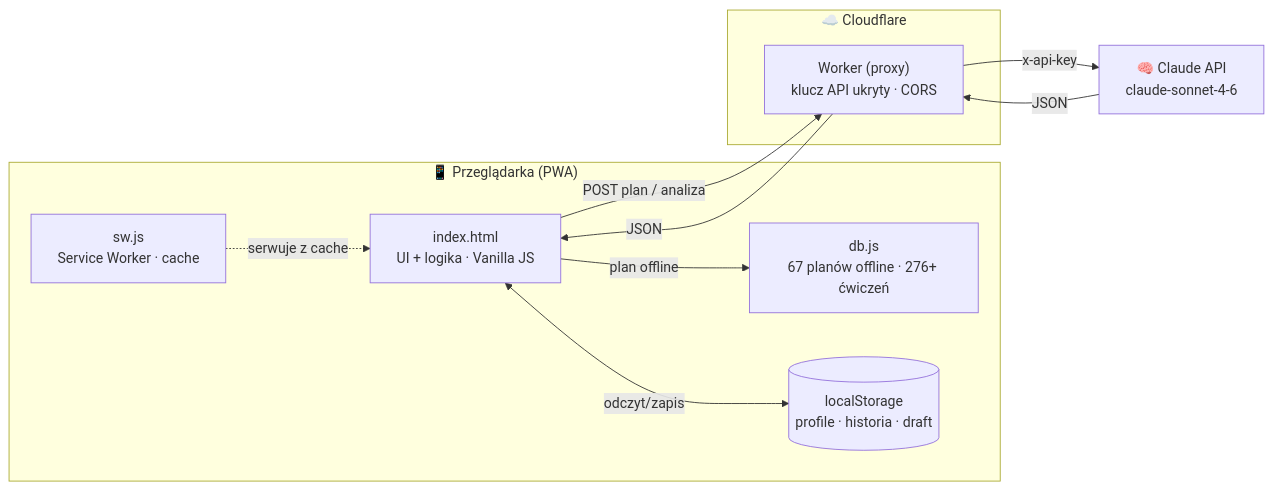
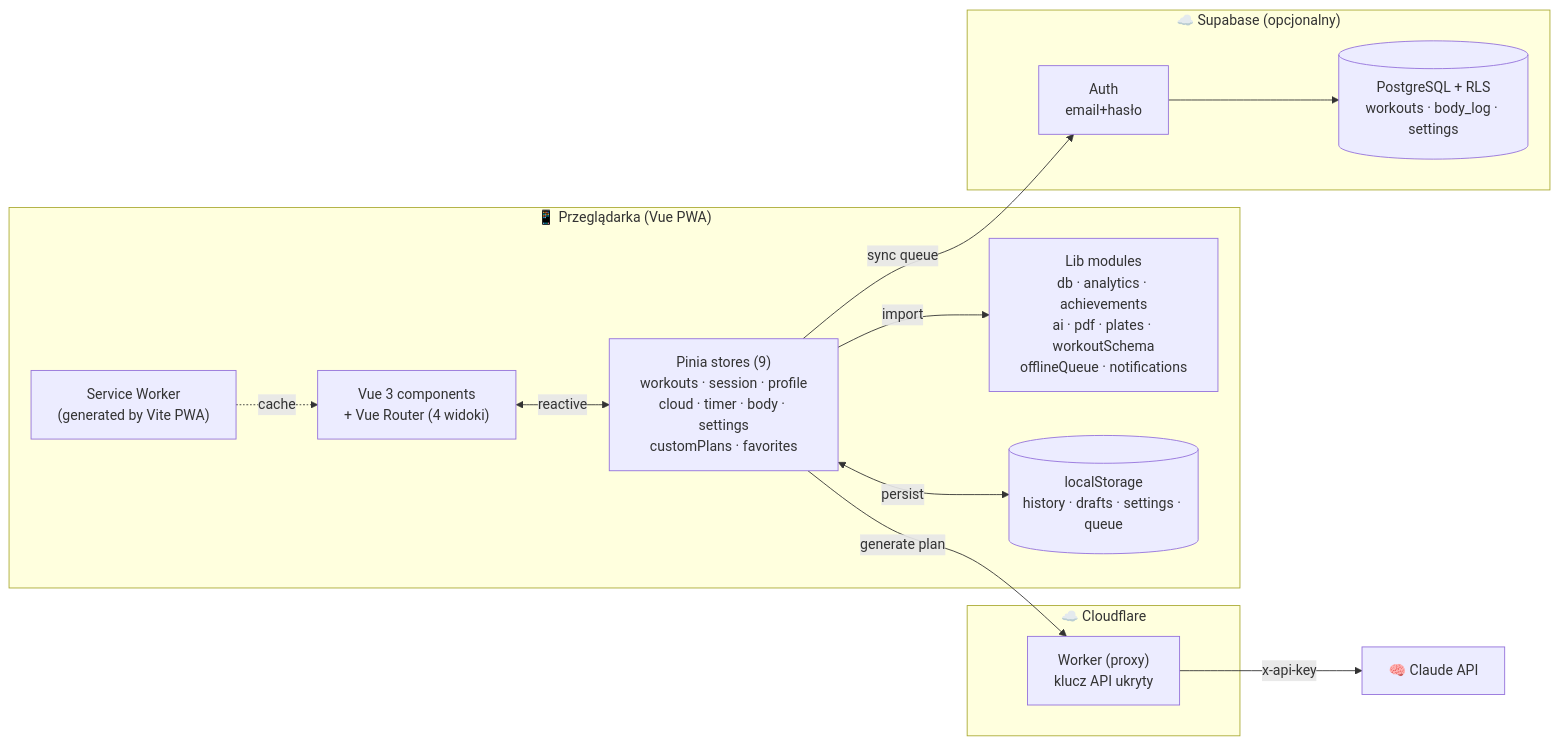
The first of 2 diagrams in README.md (LukaszBonio/trening), drawn with Mermaid before and after one commit. The commit also changed other lines of this file, not shown here.

First line of the commit message:
Update README pod Vue 3 architekturę

````diff
--- a/README.md
+++ b/README.md
@@ -188,21 +226,27 @@
 ```mermaid
 flowchart LR
-    subgraph Client["📱 Przeglądarka (PWA)"]
-        UI["index.html<br/>UI + logika · Vanilla JS"]
-        DB["db.js<br/>67 planów offline · 276+ ćwiczeń"]
-        SW["sw.js<br/>Service Worker · cache"]
-        LS[("localStorage<br/>profile · historia · draft")]
+    subgraph Client["📱 Przeglądarka (Vue PWA)"]
+        UI["Vue 3 components<br/>+ Vue Router (4 widoki)"]
+        Stores["Pinia stores (9)<br/>workouts · session · profile<br/>cloud · timer · body · settings<br/>customPlans · favorites"]
+        Libs["Lib modules<br/>db · analytics · achievements<br/>ai · pdf · plates · workoutSchema<br/>offlineQueue · notifications"]
+        SW["Service Worker<br/>(generated by Vite PWA)"]
+        LS[("localStorage<br/>history · drafts · settings · queue")]
     end
     subgraph Edge["☁️ Cloudflare"]
-        W["Worker (proxy)<br/>klucz API ukryty · CORS"]
+        W["Worker (proxy)<br/>klucz API ukryty"]
     end
-    AI["🧠 Claude API<br/>claude-sonnet-4-6"]
+    subgraph Cloud["☁️ Supabase (opcjonalny)"]
+        Auth["Auth<br/>email+hasło"]
+        DB[("PostgreSQL + RLS<br/>workouts · body_log · settings")]
+    end
+    AI["🧠 Claude API"]
 
-    UI <-->|odczyt/zapis| LS
-    UI -->|plan offline| DB
-    SW -.->|serwuje z cache| UI
-    UI -->|POST plan / analiza| W
+    UI <-->|reactive| Stores
+    Stores <-->|persist| LS
+    Stores -->|import| Libs
+    SW -.->|cache| UI
+    Stores -->|generate plan| W
     W -->|x-api-key| AI
-    AI -->|JSON| W
-    W -->|JSON| UI
+    Stores -->|sync queue| Auth
+    Auth --> DB
 ```
````
